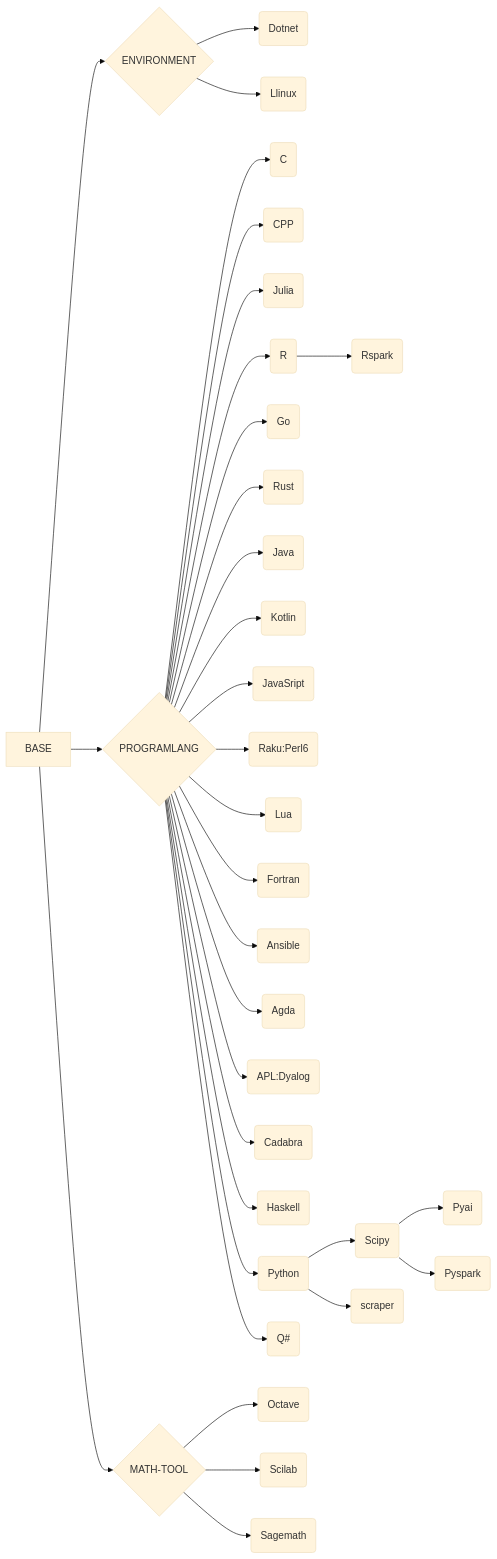
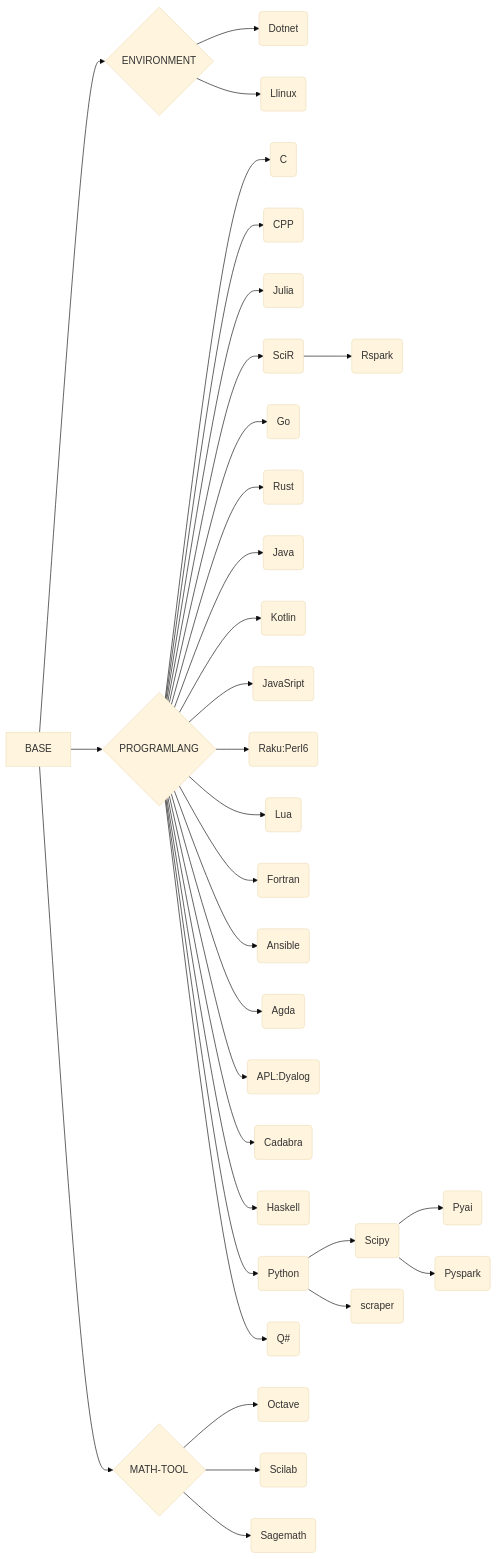
Before and after one commit to ben0i0d/jupyter-image-stacks: the diagram in README.md, drawn with Mermaid (base theme). The commit also changed 3 other files, not shown here.

````diff
--- a/README.md
+++ b/README.md
@@ -75,32 +75,32 @@
 ```mermaid
 graph LR
 BASE-->ENV{ENVIRONMENT}-->EA(Dotnet)
 ENV-->EB(Llinux)
 BASE-->PROGRAM{PROGRAMLANG}
 PROGRAM-->PA(C)
 PROGRAM-->PB(CPP)
 PROGRAM-->PC(Julia)
-PROGRAM-->PD(R)-->PDA(Rspark)
+PROGRAM-->PD(SciR)-->PDA(Rspark)
 PROGRAM-->PE(Go)
 PROGRAM-->PF(Rust)
 PROGRAM-->PG(Java)
 PROGRAM-->PH(Kotlin)
 PROGRAM-->PI(JavaSript)
 PROGRAM-->PJ(Raku:Perl6)
 PROGRAM-->PK(Lua)
 PROGRAM-->PL(Fortran)
 PROGRAM-->PM(Ansible)
 PROGRAM-->PN(Agda)
 PROGRAM-->PO(APL:Dyalog)
 PROGRAM-->PP(Cadabra)
 PROGRAM-->PQ(Haskell)
 PROGRAM-->PR(Python)
 PROGRAM-->PS(Q#)
 PR-->PRA(Scipy)
 PR-->PRB(scraper)
 PRA-->PRAA(Pyai)  
 PRA-->PRAB(Pyspark)  
 BASE-->MATH{MATH-TOOL}-->MA(Octave)
 MATH-->MB(Scilab)
 MATH-->MC(Sagemath)
 ```
````
